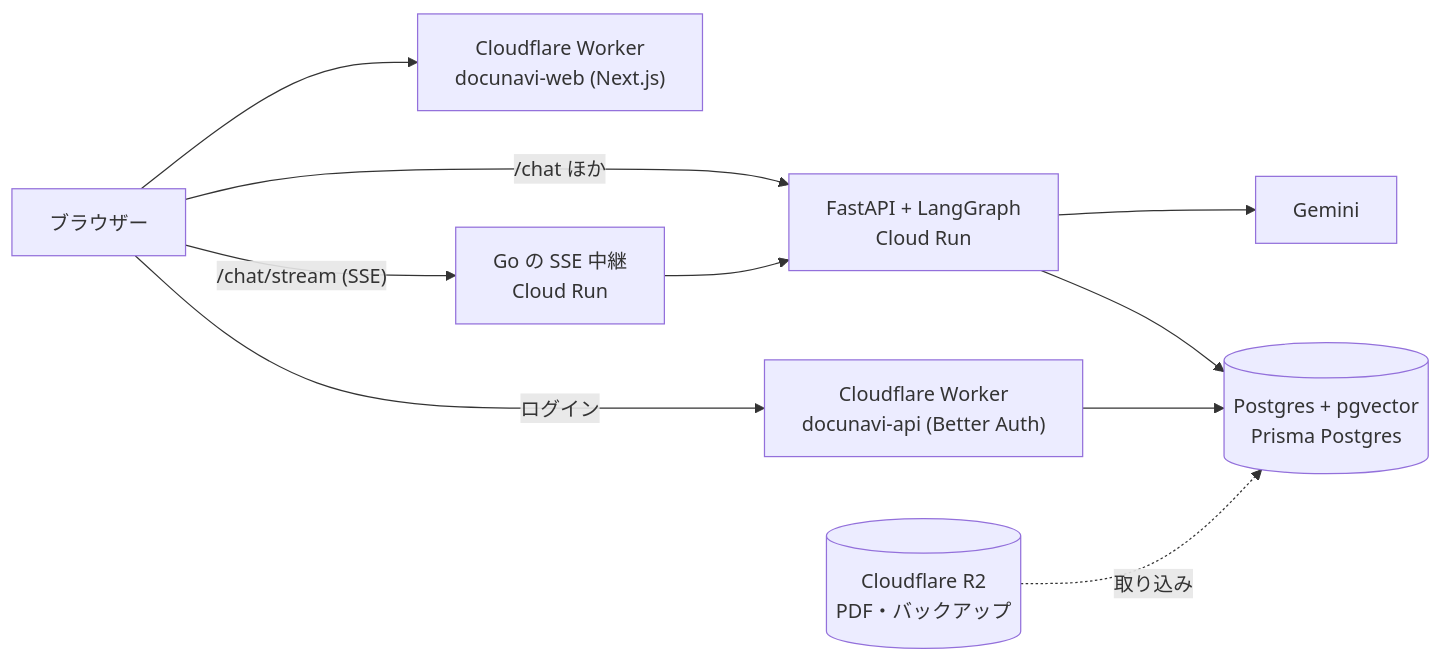
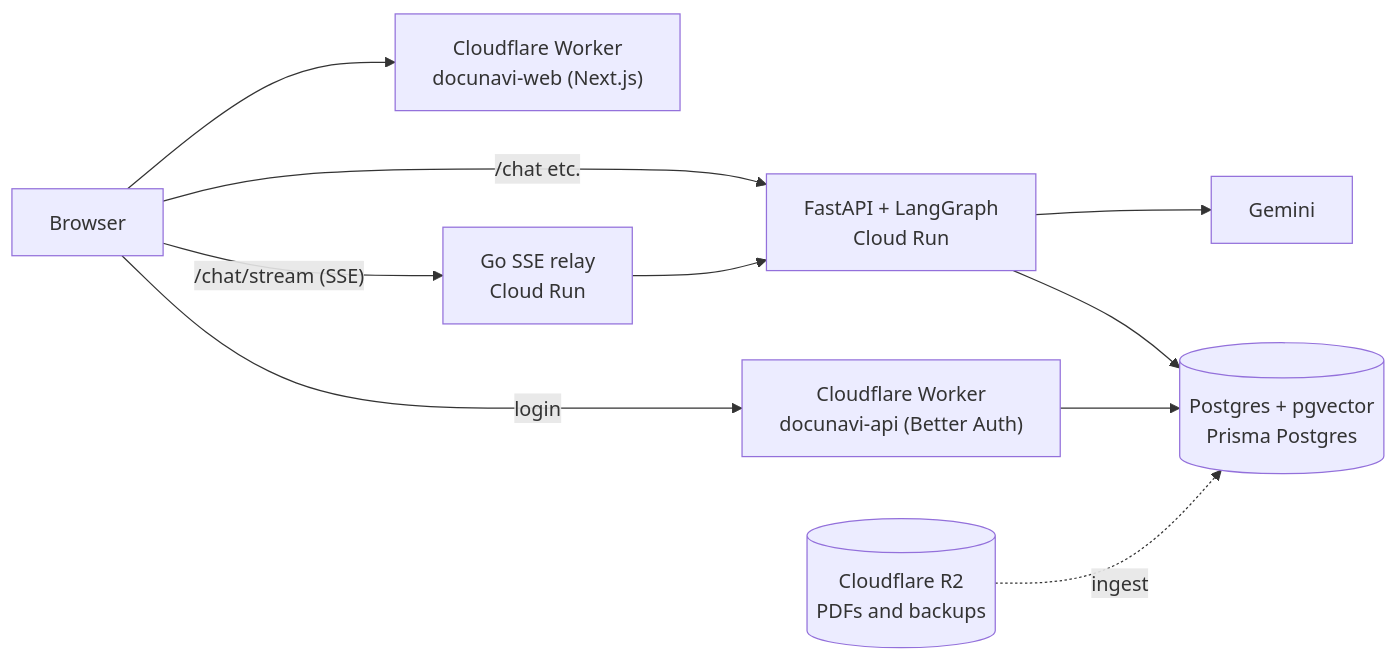
One commit to Starlight-Tree/DocuNavi changed the diagram in README.md. Above: the diagram before and after it, drawn with Mermaid. The commit also changed other lines of this file and 1 other file, not shown here.

````diff
--- a/README.md
+++ b/README.md
@@ -26,12 +30,12 @@
 ```mermaid
 flowchart LR
-    B[ブラウザー] --> W["Cloudflare Worker<br/>docunavi-web (Next.js)"]
-    B -->|"/chat/stream (SSE)"| R["Go の SSE 中継<br/>Cloud Run"]
-    B -->|"/chat ほか"| A
+    B[Browser] --> W["Cloudflare Worker<br/>docunavi-web (Next.js)"]
+    B -->|"/chat/stream (SSE)"| R["Go SSE relay<br/>Cloud Run"]
+    B -->|"/chat etc."| A
     R --> A["FastAPI + LangGraph<br/>Cloud Run"]
-    B -->|ログイン| AU["Cloudflare Worker<br/>docunavi-api (Better Auth)"]
+    B -->|login| AU["Cloudflare Worker<br/>docunavi-api (Better Auth)"]
     A --> G[Gemini]
     A --> DB[("Postgres + pgvector<br/>Prisma Postgres")]
     AU --> DB
-    R2[("Cloudflare R2<br/>PDF・バックアップ")] -.取り込み.-> DB
+    R2[("Cloudflare R2<br/>PDFs and backups")] -.ingest.-> DB
 ```
````
